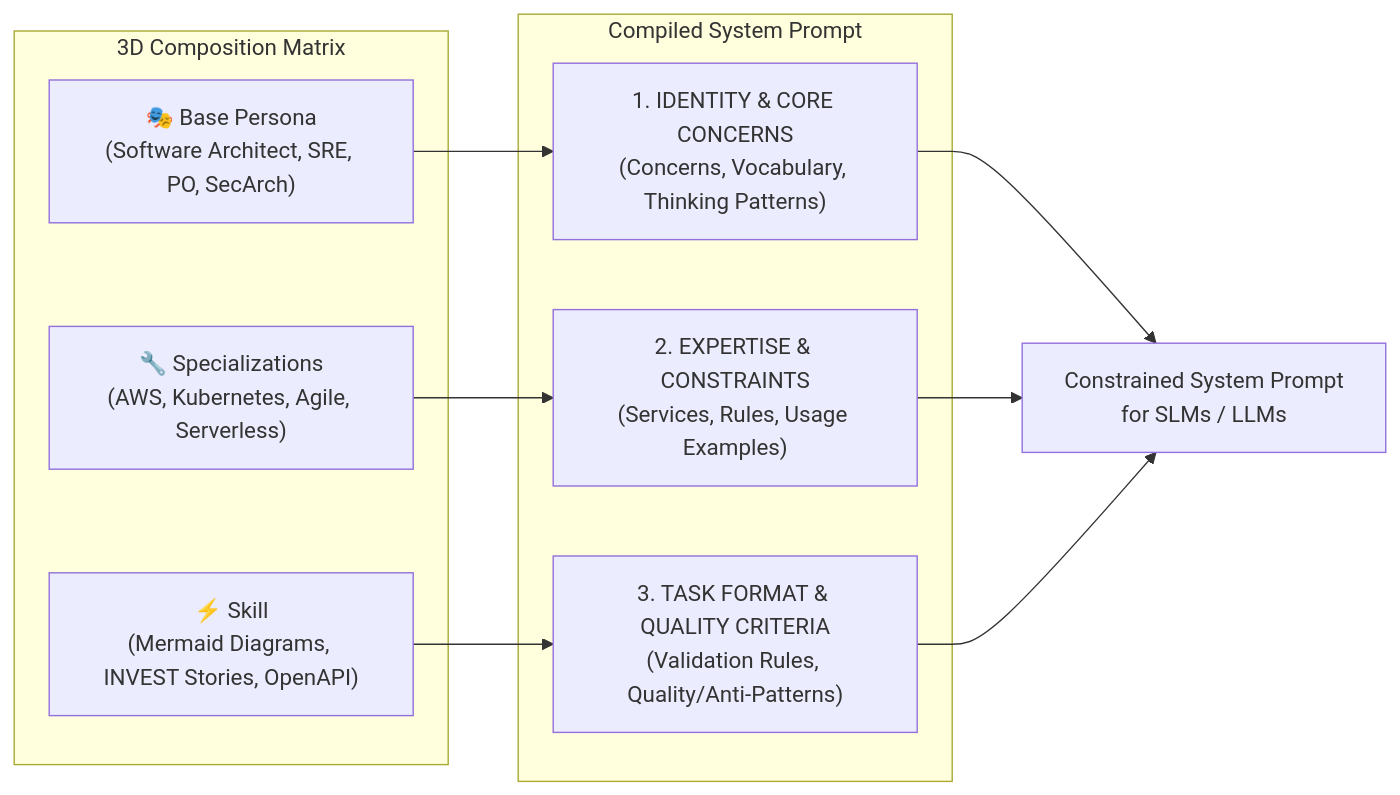
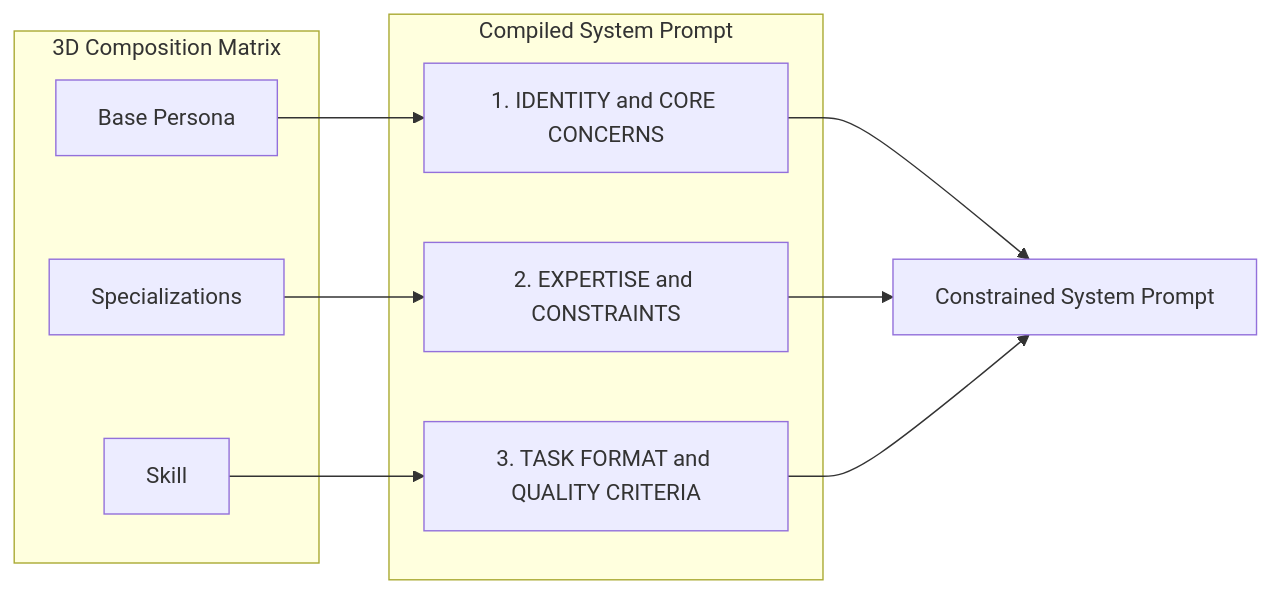
The second of 2 diagrams in docs/architecture.md (petergdoyle/actor-factory), drawn with Mermaid before and after one commit. The commit also changed other lines of this file and 12 other files, not shown here.

````diff
--- a/docs/architecture.md
+++ b/docs/architecture.md
@@ -59,22 +60,22 @@
 ```mermaid
 flowchart LR
     subgraph Matrix["3D Composition Matrix"]
-        P["🎭 Base Persona\n(Software Architect, SRE, PO, SecArch)"]
-        S["🔧 Specializations\n(AWS, Kubernetes, Agile, Serverless)"]
-        K["⚡ Skill\n(Mermaid Diagrams, INVEST Stories, OpenAPI)"]
+        P["Base Persona"]
+        S["Specializations"]
+        K["Skill"]
     end
 
     subgraph Preamble["Compiled System Prompt"]
-        I["1. IDENTITY & CORE CONCERNS\n(Concerns, Vocabulary, Thinking Patterns)"]
-        E["2. EXPERTISE & CONSTRAINTS\n(Services, Rules, Usage Examples)"]
-        F["3. TASK FORMAT & QUALITY CRITERIA\n(Validation Rules, Quality/Anti-Patterns)"]
+        I["1. IDENTITY and CORE CONCERNS"]
+        E["2. EXPERTISE and CONSTRAINTS"]
+        F["3. TASK FORMAT and QUALITY CRITERIA"]
     end
 
     P --> I
     S --> E
     K --> F
 
-    I --> PREAMBLE["Constrained System Prompt\nfor SLMs / LLMs"]
+    I --> PREAMBLE["Constrained System Prompt"]
     E --> PREAMBLE
     F --> PREAMBLE
 ```
````
